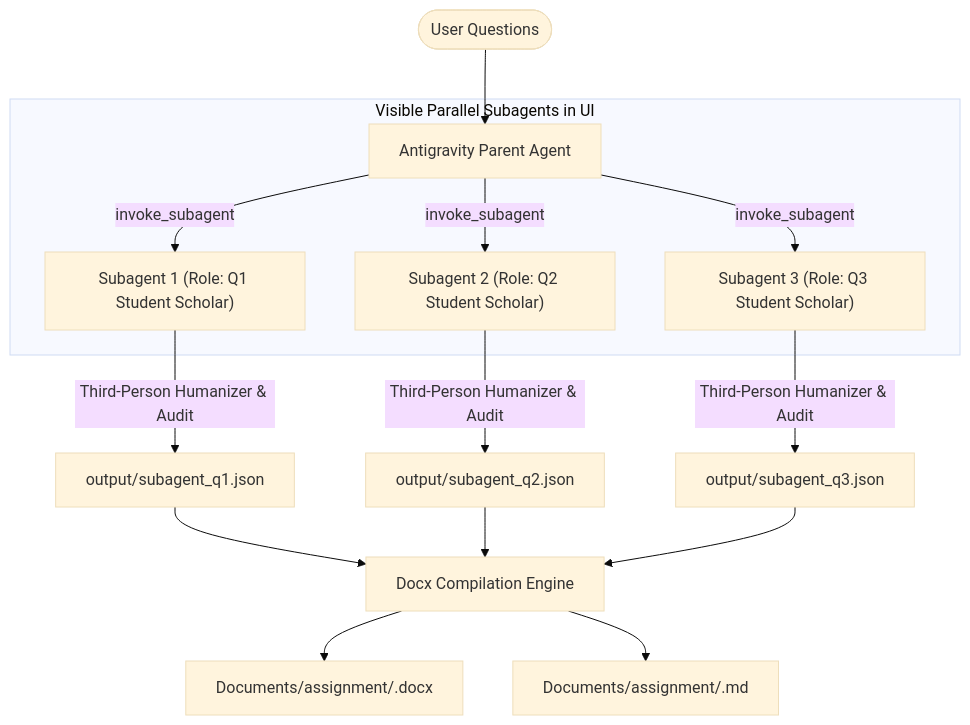
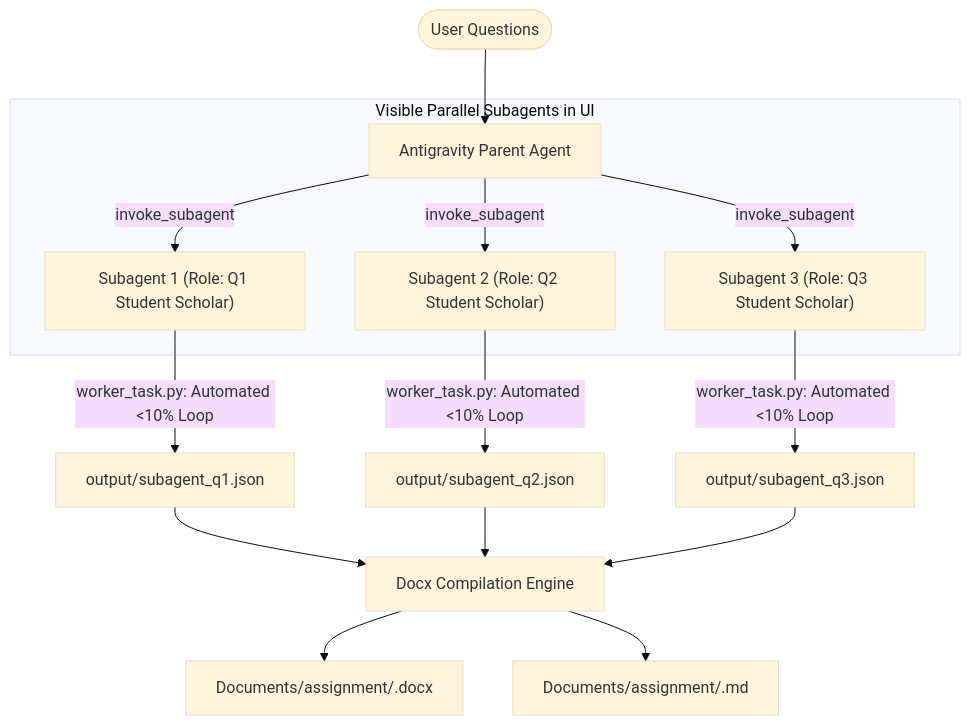
One commit to raj18-dev/qa-humanizer-v2 changed the diagram in SKILL.md. Above: the diagram before and after it, drawn with Mermaid (base theme). The commit also changed other lines of this file and 1 other file, not shown here.

Commit message:
feat(qa-humanizer-v2): synchronize skill with Turn-1 parallel subagent dispatch and 600-650w depth target

````diff
--- a/SKILL.md
+++ b/SKILL.md
@@ -16,18 +56,18 @@
 ```mermaid
 flowchart TD
     User([User Questions]) --> Antigravity[Antigravity Parent Agent]
     
     subgraph SubagentPool ["Visible Parallel Subagents in UI"]
         Antigravity -->|invoke_subagent| SA1["Subagent 1 (Role: Q1 Student Scholar)"]
         Antigravity -->|invoke_subagent| SA2["Subagent 2 (Role: Q2 Student Scholar)"]
         Antigravity -->|invoke_subagent| SA3["Subagent 3 (Role: Q3 Student Scholar)"]
     end
     
-    SA1 -->|Third-Person Humanizer & Audit| O1[output/subagent_q1.json]
-    SA2 -->|Third-Person Humanizer & Audit| O2[output/subagent_q2.json]
-    SA3 -->|Third-Person Humanizer & Audit| O3[output/subagent_q3.json]
+    SA1 -->|worker_task.py: Automated <10% Loop| O1[output/subagent_q1.json]
+    SA2 -->|worker_task.py: Automated <10% Loop| O2[output/subagent_q2.json]
+    SA3 -->|worker_task.py: Automated <10% Loop| O3[output/subagent_q3.json]
     
     O1 & O2 & O3 --> Assembler[Docx Compilation Engine]
     Assembler --> Docx["Documents/assignment/<Dossier_Name>.docx"]
     Assembler --> MD["Documents/assignment/<Dossier_Name>.md"]
 ```
````
